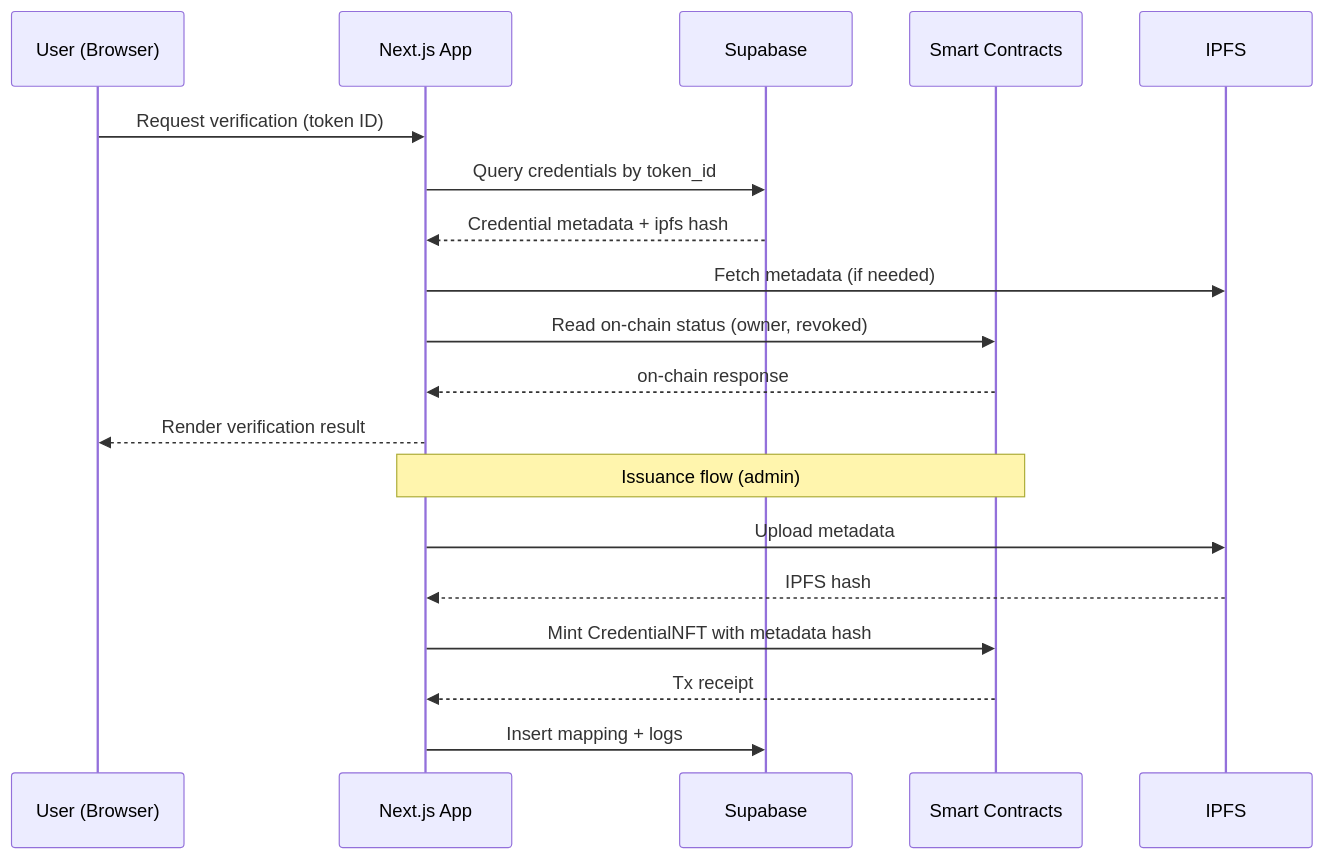
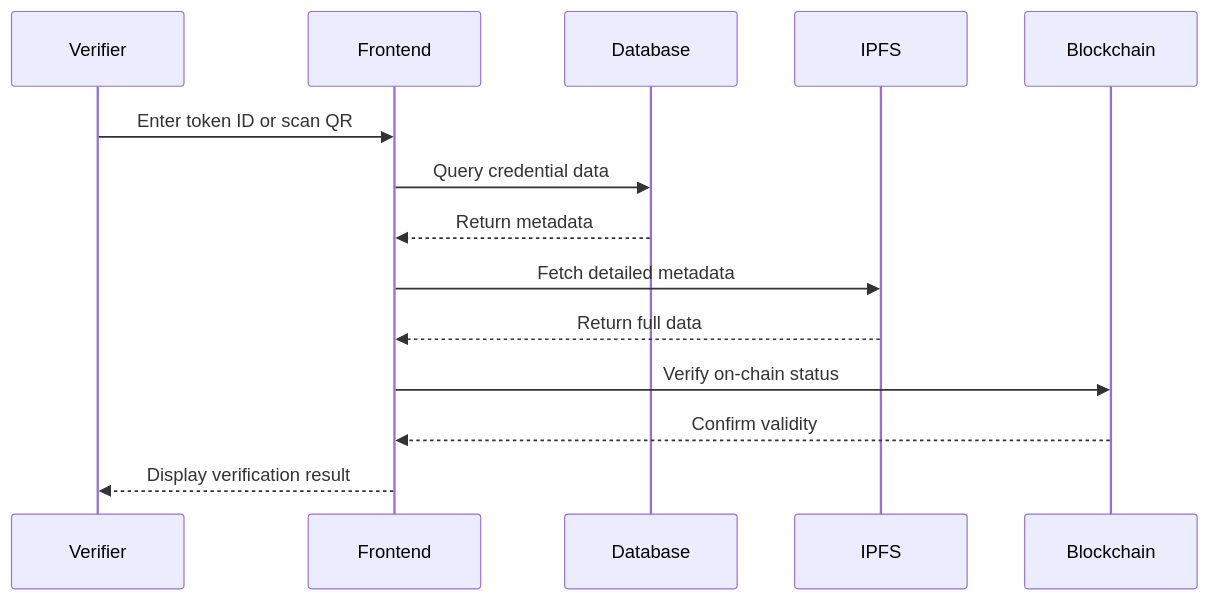
One commit to thisisouvik/Arcedia changed the third of 3 diagrams in README.md. Above: the diagram before and after it, drawn with Mermaid. The commit also changed other lines of this file and 8 other files, not shown here.

````diff
--- a/README.md
+++ b/README.md
@@ -172,23 +293,17 @@
 ```mermaid
 sequenceDiagram
-  participant User as User (Browser)
-  participant Frontend as Next.js App
-  participant Supabase as Supabase
-  participant Contracts as Smart Contracts
-  participant IPFS as IPFS
+    participant Verifier
+    participant Frontend
+    participant Database
+    participant IPFS
+    participant Blockchain
 
-  User->>Frontend: Request verification (token ID)
-  Frontend->>Supabase: Query credentials by token_id
-  Supabase-->>Frontend: Credential metadata + ipfs hash
-  Frontend->>IPFS: Fetch metadata (if needed)
-  Frontend->>Contracts: Read on-chain status (owner, revoked)
-  Contracts-->>Frontend: on-chain response
-  Frontend-->>User: Render verification result
-
-  Note over Frontend,Contracts: Issuance flow (admin)
-  Frontend->>IPFS: Upload metadata
-  IPFS-->>Frontend: IPFS hash
-  Frontend->>Contracts: Mint CredentialNFT with metadata hash
-  Contracts-->>Frontend: Tx receipt
-  Frontend->>Supabase: Insert mapping + logs
+    Verifier->>Frontend: Enter token ID or scan QR
+    Frontend->>Database: Query credential data
+    Database-->>Frontend: Return metadata
+    Frontend->>IPFS: Fetch detailed metadata
+    IPFS-->>Frontend: Return full data
+    Frontend->>Blockchain: Verify on-chain status
+    Blockchain-->>Frontend: Confirm validity
+    Frontend-->>Verifier: Display verification result
 ```
````
